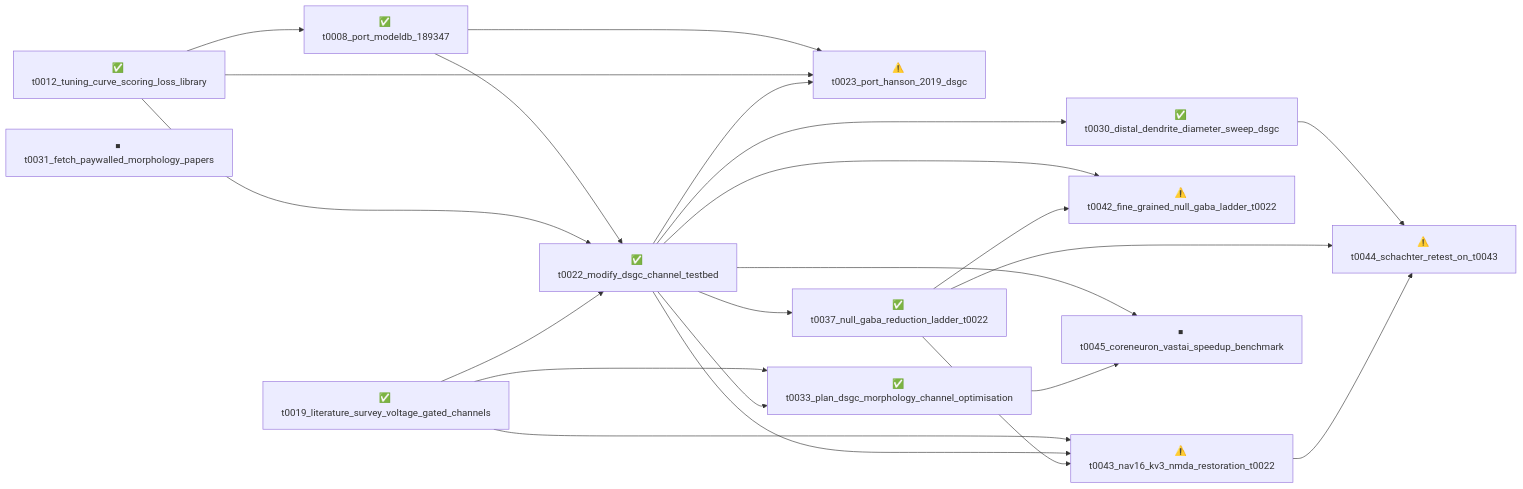
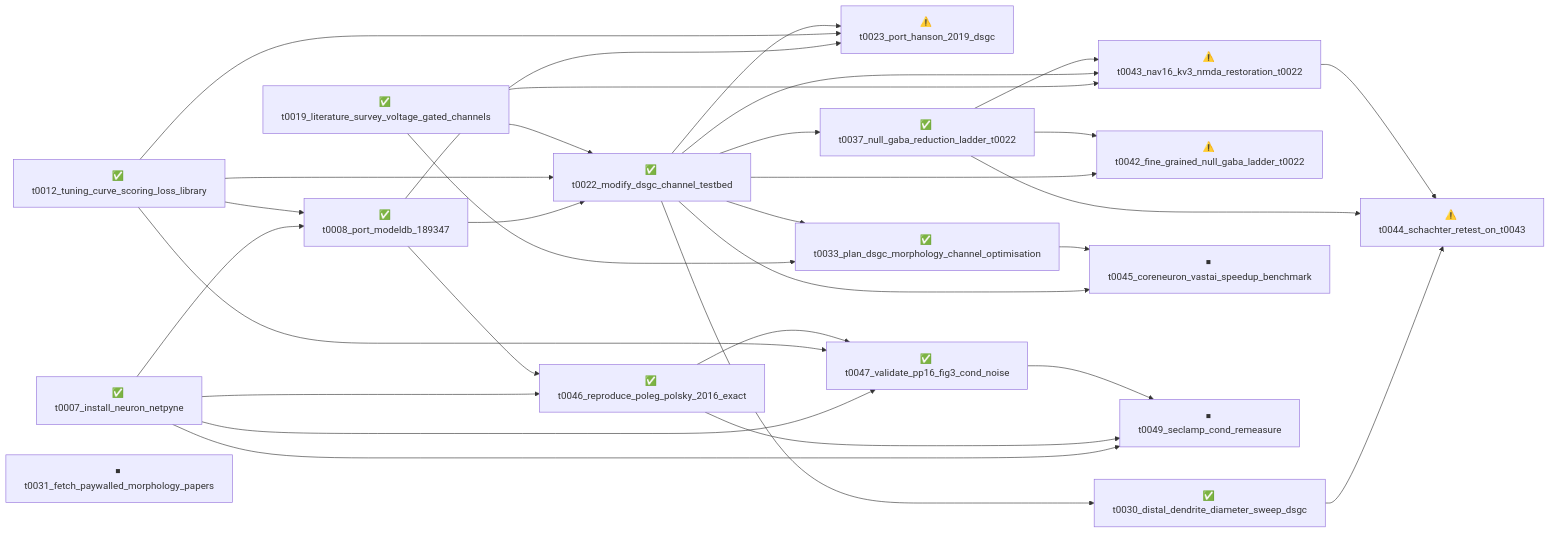
The diagram in overview/tasks/README.md (tonza17/neuron-channels), drawn with Mermaid before and after one commit. The commit also changed other lines of this file and 51 other files, not shown here.

````diff
--- a/overview/tasks/README.md
+++ b/overview/tasks/README.md
@@ -13,38 +13,51 @@
 ```mermaid
 graph LR
+    t0007_install_neuron_netpyne["✅ t0007_install_neuron_netpyne"]
     t0008_port_modeldb_189347["✅ t0008_port_modeldb_189347"]
     t0012_tuning_curve_scoring_loss_library["✅ t0012_tuning_curve_scoring_loss_library"]
     t0019_literature_survey_voltage_gated_channels["✅ t0019_literature_survey_voltage_gated_channels"]
     t0022_modify_dsgc_channel_testbed["✅ t0022_modify_dsgc_channel_testbed"]
     t0023_port_hanson_2019_dsgc["⚠️ t0023_port_hanson_2019_dsgc"]
     t0030_distal_dendrite_diameter_sweep_dsgc["✅ t0030_distal_dendrite_diameter_sweep_dsgc"]
     t0031_fetch_paywalled_morphology_papers["⏹ t0031_fetch_paywalled_morphology_papers"]
     t0033_plan_dsgc_morphology_channel_optimisation["✅ t0033_plan_dsgc_morphology_channel_optimisation"]
     t0037_null_gaba_reduction_ladder_t0022["✅ t0037_null_gaba_reduction_ladder_t0022"]
     t0042_fine_grained_null_gaba_ladder_t0022["⚠️ t0042_fine_grained_null_gaba_ladder_t0022"]
     t0043_nav16_kv3_nmda_restoration_t0022["⚠️ t0043_nav16_kv3_nmda_restoration_t0022"]
     t0044_schachter_retest_on_t0043["⚠️ t0044_schachter_retest_on_t0043"]
     t0045_coreneuron_vastai_speedup_benchmark["⏹ t0045_coreneuron_vastai_speedup_benchmark"]
+    t0046_reproduce_poleg_polsky_2016_exact["✅ t0046_reproduce_poleg_polsky_2016_exact"]
+    t0047_validate_pp16_fig3_cond_noise["✅ t0047_validate_pp16_fig3_cond_noise"]
+    t0049_seclamp_cond_remeasure["⏹ t0049_seclamp_cond_remeasure"]
 
+    t0007_install_neuron_netpyne --> t0008_port_modeldb_189347
     t0012_tuning_curve_scoring_loss_library --> t0008_port_modeldb_189347
     t0008_port_modeldb_189347 --> t0022_modify_dsgc_channel_testbed
     t0012_tuning_curve_scoring_loss_library --> t0022_modify_dsgc_channel_testbed
     t0019_literature_survey_voltage_gated_channels --> t0022_modify_dsgc_channel_testbed
     t0008_port_modeldb_189347 --> t0023_port_hanson_2019_dsgc
     t0012_tuning_curve_scoring_loss_library --> t0023_port_hanson_2019_dsgc
     t0022_modify_dsgc_channel_testbed --> t0023_port_hanson_2019_dsgc
     t0022_modify_dsgc_channel_testbed --> t0030_distal_dendrite_diameter_sweep_dsgc
     t0019_literature_survey_voltage_gated_channels --> t0033_plan_dsgc_morphology_channel_optimisation
     t0022_modify_dsgc_channel_testbed --> t0033_plan_dsgc_morphology_channel_optimisation
     t0022_modify_dsgc_channel_testbed --> t0037_null_gaba_reduction_ladder_t0022
     t0022_modify_dsgc_channel_testbed --> t0042_fine_grained_null_gaba_ladder_t0022
     t0037_null_gaba_reduction_ladder_t0022 --> t0042_fine_grained_null_gaba_ladder_t0022
     t0019_literature_survey_voltage_gated_channels --> t0043_nav16_kv3_nmda_restoration_t0022
     t0022_modify_dsgc_channel_testbed --> t0043_nav16_kv3_nmda_restoration_t0022
     t0037_null_gaba_reduction_ladder_t0022 --> t0043_nav16_kv3_nmda_restoration_t0022
     t0030_distal_dendrite_diameter_sweep_dsgc --> t0044_schachter_retest_on_t0043
     t0037_null_gaba_reduction_ladder_t0022 --> t0044_schachter_retest_on_t0043
     t0043_nav16_kv3_nmda_restoration_t0022 --> t0044_schachter_retest_on_t0043
     t0022_modify_dsgc_channel_testbed --> t0045_coreneuron_vastai_speedup_benchmark
     t0033_plan_dsgc_morphology_channel_optimisation --> t0045_coreneuron_vastai_speedup_benchmark
+    t0007_install_neuron_netpyne --> t0046_reproduce_poleg_polsky_2016_exact
+    t0008_port_modeldb_189347 --> t0046_reproduce_poleg_polsky_2016_exact
+    t0007_install_neuron_netpyne --> t0047_validate_pp16_fig3_cond_noise
+    t0012_tuning_curve_scoring_loss_library --> t0047_validate_pp16_fig3_cond_noise
+    t0046_reproduce_poleg_polsky_2016_exact --> t0047_validate_pp16_fig3_cond_noise
+    t0007_install_neuron_netpyne --> t0049_seclamp_cond_remeasure
+    t0046_reproduce_poleg_polsky_2016_exact --> t0049_seclamp_cond_remeasure
+    t0047_validate_pp16_fig3_cond_noise --> t0049_seclamp_cond_remeasure
 ```
````
